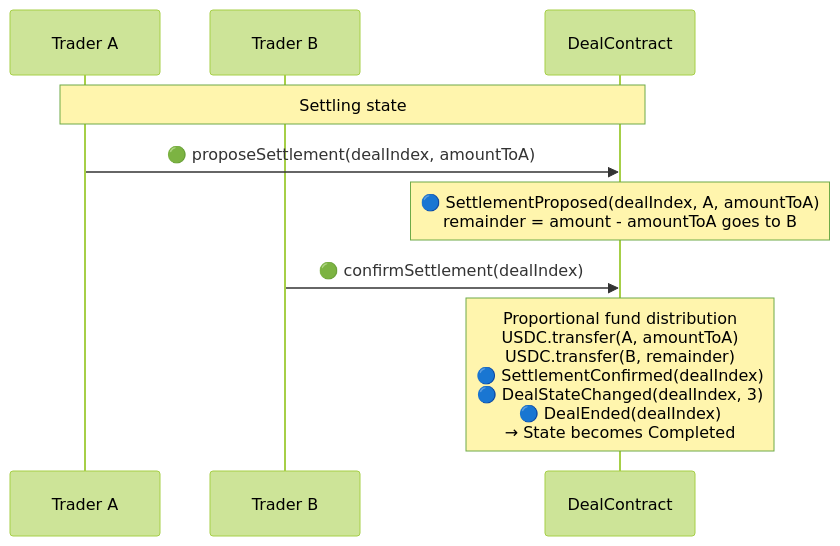
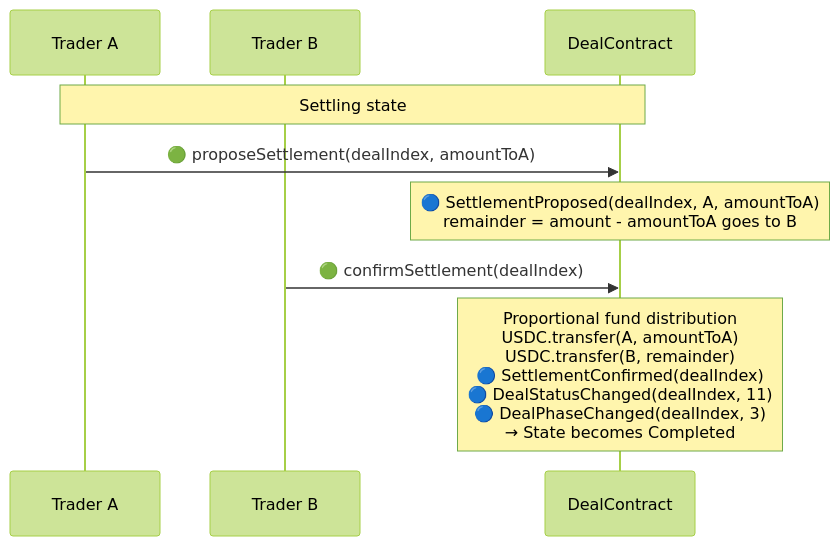
The seventh of 9 diagrams in examples/x-quote/x-quote-design.md (synctxai/synctx), drawn with Mermaid (forest theme) before and after one commit. The commit also changed other lines of this file and 74 other files, not shown here.

````diff
--- a/examples/x-quote/x-quote-design.md
+++ b/examples/x-quote/x-quote-design.md
@@ -379,12 +400,12 @@
 ```mermaid
 sequenceDiagram
     participant A as Trader A
     participant B as Trader B
     participant D as DealContract
 
     Note over A,D: Settling state
     A->>D: 🟢 proposeSettlement(dealIndex, amountToA)
     Note over D: 🔵 SettlementProposed(dealIndex, A, amountToA)<br/>remainder = amount - amountToA goes to B
     B->>D: 🟢 confirmSettlement(dealIndex)
-    Note over D: Proportional fund distribution<br/>USDC.transfer(A, amountToA)<br/>USDC.transfer(B, remainder)<br/>🔵 SettlementConfirmed(dealIndex)<br/>🔵 DealStateChanged(dealIndex, 3)<br/>🔵 DealEnded(dealIndex)<br/>→ State becomes Completed
+    Note over D: Proportional fund distribution<br/>USDC.transfer(A, amountToA)<br/>USDC.transfer(B, remainder)<br/>🔵 SettlementConfirmed(dealIndex)<br/>🔵 DealStatusChanged(dealIndex, 11)<br/>🔵 DealPhaseChanged(dealIndex, 3)<br/>→ State becomes Completed
 ```
````
